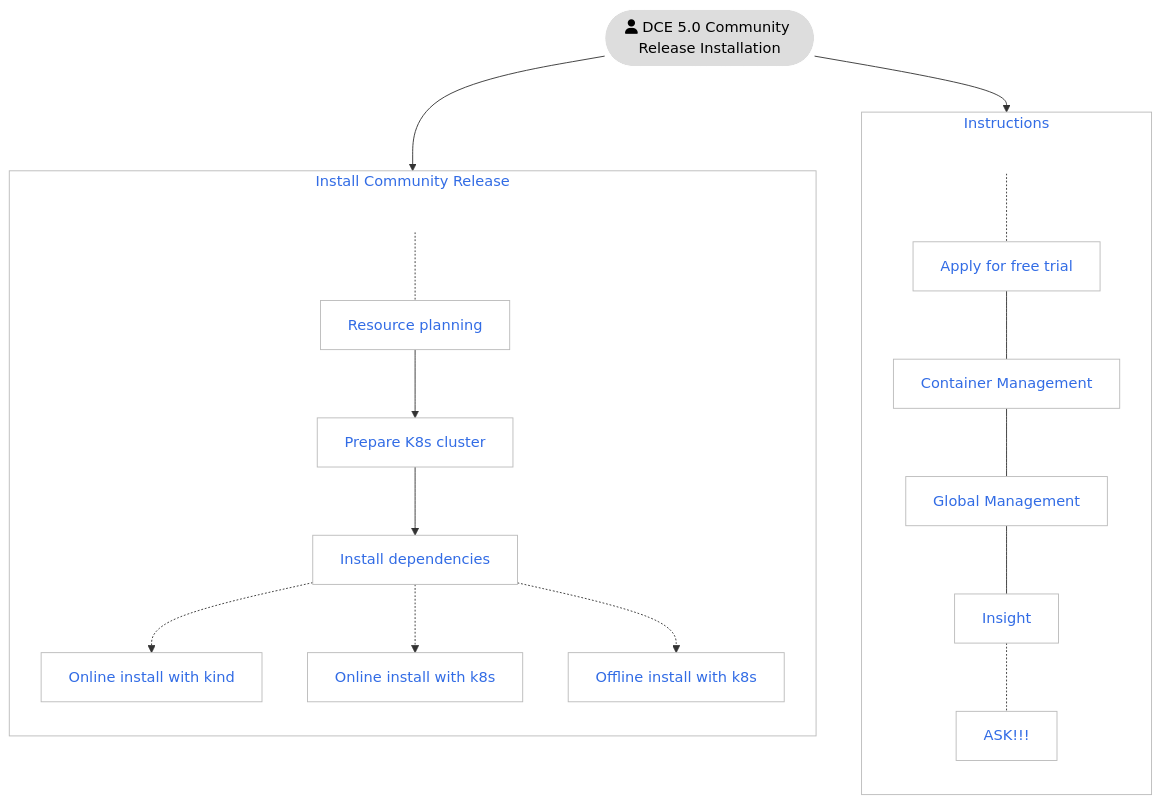
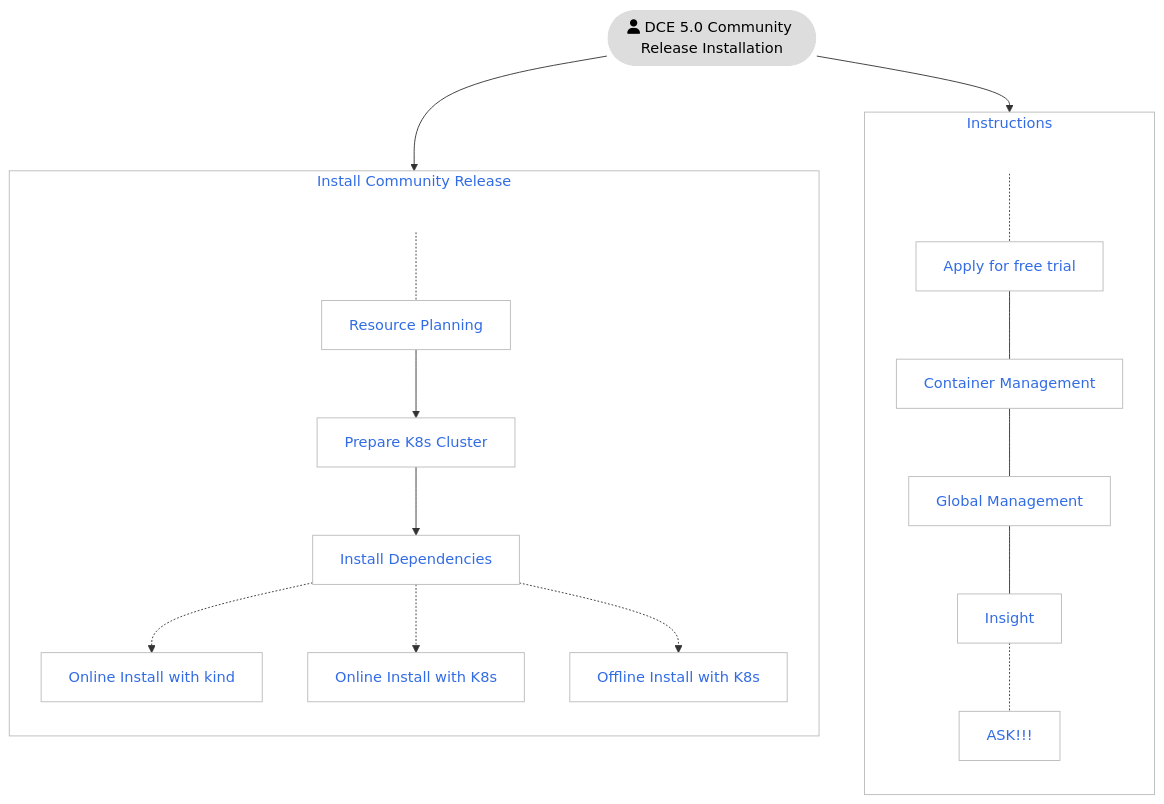
Before and after one commit to DaoCloud/DaoCloud-docs: the first of 2 diagrams in docs/en/docs/install/intro.md, drawn with Mermaid. The commit also changed other lines of this file and 10 other files, not shown here.

````diff
--- a/docs/en/docs/install/intro.md
+++ b/docs/en/docs/install/intro.md
@@ -14,49 +18,49 @@
 ```mermaid
 flowchart TB
 
 subgraph second[Instructions]
     direction TB
     U[ ] -.-
     free[Apply for free trial] --- kpanda[Container Management]
     kpanda --- ghippo[Global Management]
     ghippo --- insight[Insight]
     insight -.- ask[ASK!!!]
 end
 
 subgraph first[Install Community Release]
     direction TB
     S[ ] -.-
-    plan[Resource planning] --> k8s[Prepare K8s cluster] 
-    k8s --> tools[Install dependencies]
-    tools -.-> kind[Online install with kind]
-    tools -.-> s1[Online install with k8s]
-    tools -.-> s2[Offline install with k8s]
+    plan[Resource Planning] --> k8s[Prepare K8s Cluster] 
+    k8s --> tools[Install Dependencies]
+    tools -.-> kind[Online Install with kind]
+    tools -.-> s1[Online Install with K8s]
+    tools -.-> s2[Offline Install with K8s]
 end
 
 start([fa:fa-user DCE 5.0 Community Release Installation]) --> first
 start --> second
 
 classDef grey fill:#dddddd,stroke:#ffffff,stroke-width:px,color:#000000, font-size:15px;
 classDef white fill:#ffffff,stroke:#000,stroke-width:px,color:#000,font-weight:bold
 classDef spacewhite fill:#ffffff,stroke:#fff,stroke-width:0px,color:#000
 classDef plain fill:#ddd,stroke:#fff,stroke-width:1px,color:#000;
 classDef k8s fill:#326ce5,stroke:#fff,stroke-width:1px,color:#fff;
 classDef cluster fill:#fff,stroke:#bbb,stroke-width:1px,color:#326ce5;
 
 class plan,k8s,tools,kind,s1,s2,kpanda,ghippo,insight,free,ask cluster;
 class start plain
 class S,U spacewhite
 
-click plan "https://docs.daocloud.io/install/community/resources/"
-click k8s "https://docs.daocloud.io/install/community/kind/online/#kind"
-click tools "https://docs.daocloud.io/install/install-tools/"
-click kind "https://docs.daocloud.io/install/community/kind/online/"
-click s1 "https://docs.daocloud.io/install/community/k8s/online/"
-click s2 "https://docs.daocloud.io/install/community/k8s/offline/"
+click plan "https://docs.daocloud.io/en/install/community/resources/"
+click k8s "https://docs.daocloud.io/en/install/community/kind/online/#kind"
+click tools "https://docs.daocloud.io/en/install/install-tools/"
+click kind "https://docs.daocloud.io/en/install/community/kind/online/"
+click s1 "https://docs.daocloud.io/en/install/community/k8s/online/"
+click s2 "https://docs.daocloud.io/en/install/community/k8s/offline/"
 
-click kpanda "https://docs.daocloud.io/kpanda/intro/what/"
-click ghippo "https://docs.daocloud.io/ghippo/intro/what/"
-click insight "https://docs.daocloud.io/insight/intro/what/"
-click free "https://docs.daocloud.io/dce/license0/"
-click ask "https://docs.daocloud.io/install/intro/#contact-us"
+click kpanda "https://docs.daocloud.io/en/kpanda/intro/what/"
+click ghippo "https://docs.daocloud.io/en/ghippo/intro/what/"
+click insight "https://docs.daocloud.io/en/insight/intro/what/"
+click free "https://docs.daocloud.io/en/dce/license0/"
+click ask "https://docs.daocloud.io/en/install/intro/#contact-us"
 ```
````
